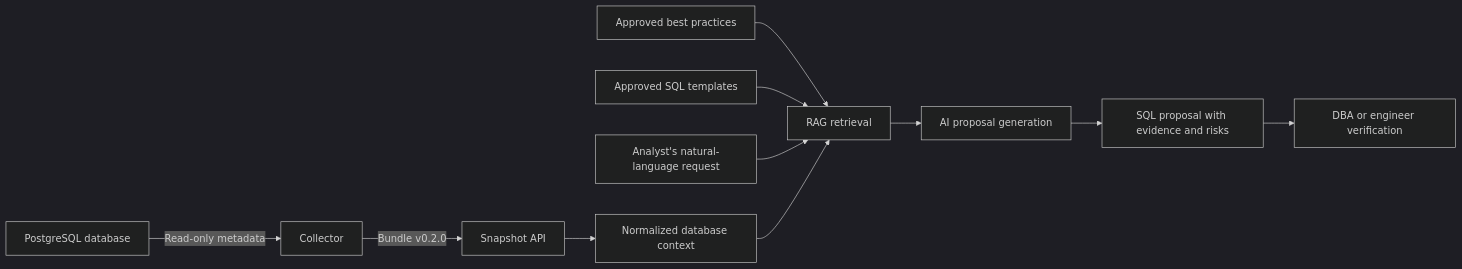
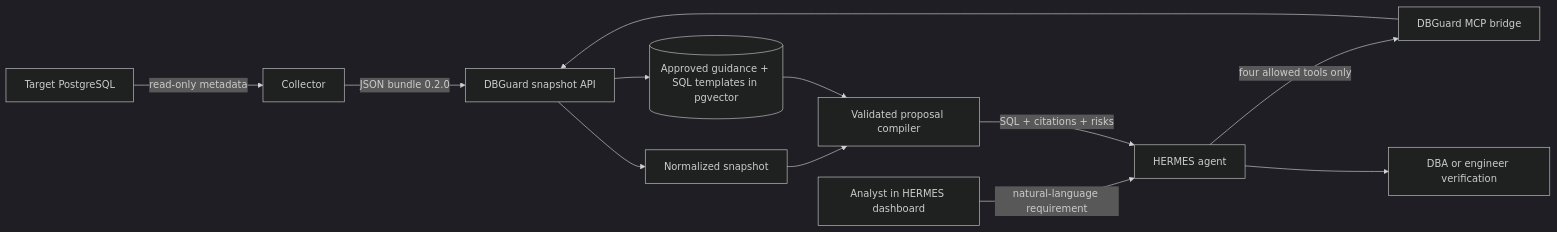
The diagram in README.md (xylonc/DBGuard_AI), drawn with Mermaid (dark theme) before and after one commit. The commit also changed other lines of this file and 21 other files, not shown here.

````diff
--- a/README.md
+++ b/README.md
@@ -11,13 +13,14 @@
 ```mermaid
 flowchart LR
-    A[PostgreSQL database] -->|Read-only metadata| B[Collector]
-    B -->|Bundle v0.2.0| C[Snapshot API]
-    C --> D[Normalized database context]
-    E[Approved best practices] --> F[RAG retrieval]
-    G[Approved SQL templates] --> F
-    H[Analyst's natural-language request] --> F
-    D --> F
-    F --> I[AI proposal generation]
-    I --> J[SQL proposal with evidence and risks]
-    J --> K[DBA or engineer verification]
+    A[Target PostgreSQL] -->|read-only metadata| B[Collector]
+    B -->|JSON bundle 0.2.0| C[DBGuard snapshot API]
+    U[Analyst in HERMES dashboard] -->|natural-language requirement| H[HERMES agent]
+    H -->|four allowed tools only| M[DBGuard MCP bridge]
+    M --> C
+    C --> S[Normalized snapshot]
+    C --> R[(Approved guidance + SQL templates in pgvector)]
+    S --> P[Validated proposal compiler]
+    R --> P
+    P -->|SQL + citations + risks| H
+    H --> V[DBA or engineer verification]
 ```
````
